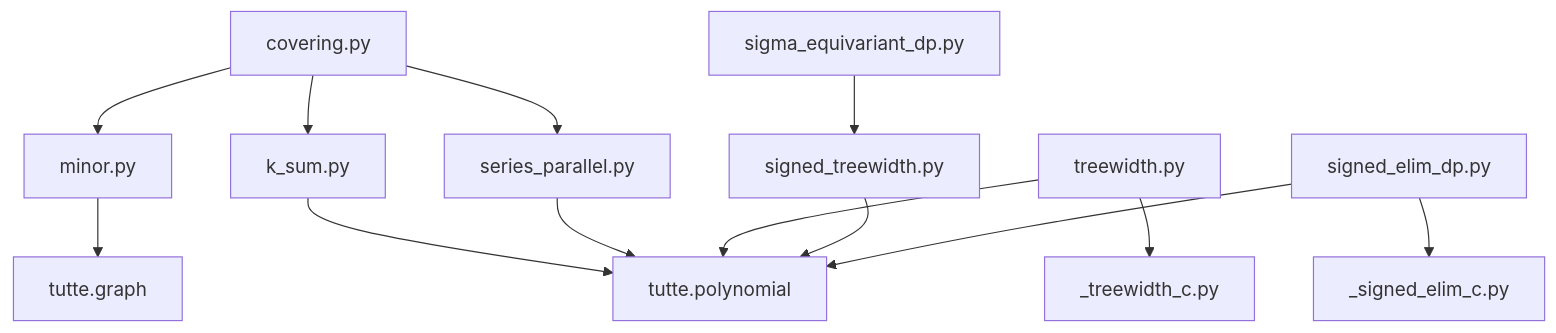
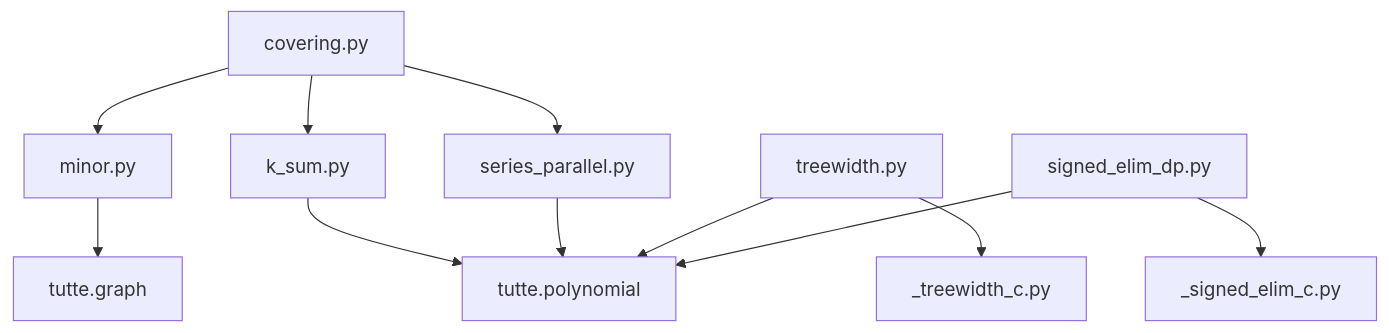
Before and after one commit to QuipNetwork/quip-protocol: the diagram in tutte/graphs/README.md, drawn with Mermaid. The commit also changed other lines of this file and 29 other files, not shown here.

````diff
--- a/tutte/graphs/README.md
+++ b/tutte/graphs/README.md
@@ -26,15 +24,13 @@
 ```mermaid
 graph TD
     C[covering.py] --> M[minor.py]
     C --> KS[k_sum.py]
     C --> SP[series_parallel.py]
     KS --> P[tutte.polynomial]
     SP --> P
     M --> G[tutte.graph]
     TW[treewidth.py] --> TWC[_treewidth_c.py]
     TW --> P
-    STW[signed_treewidth.py] --> P
     SED[signed_elim_dp.py] --> SEC[_signed_elim_c.py]
     SED --> P
-    SEQ[sigma_equivariant_dp.py] --> STW
 ```
````
